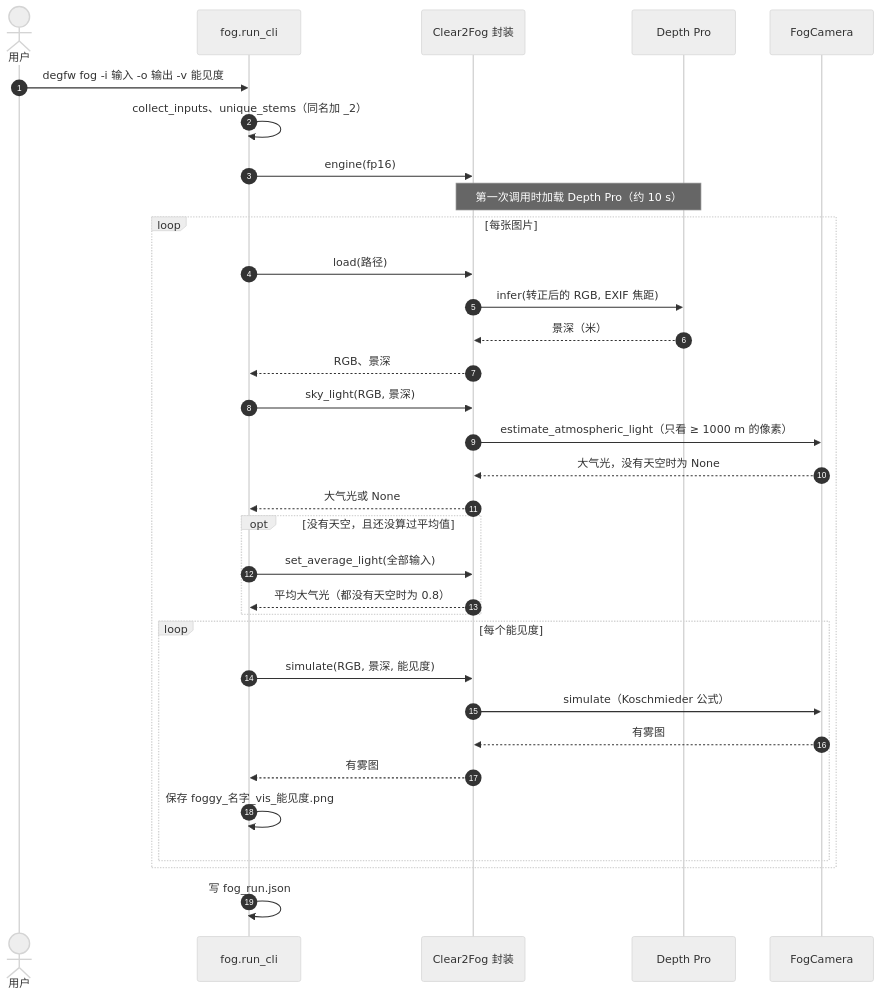
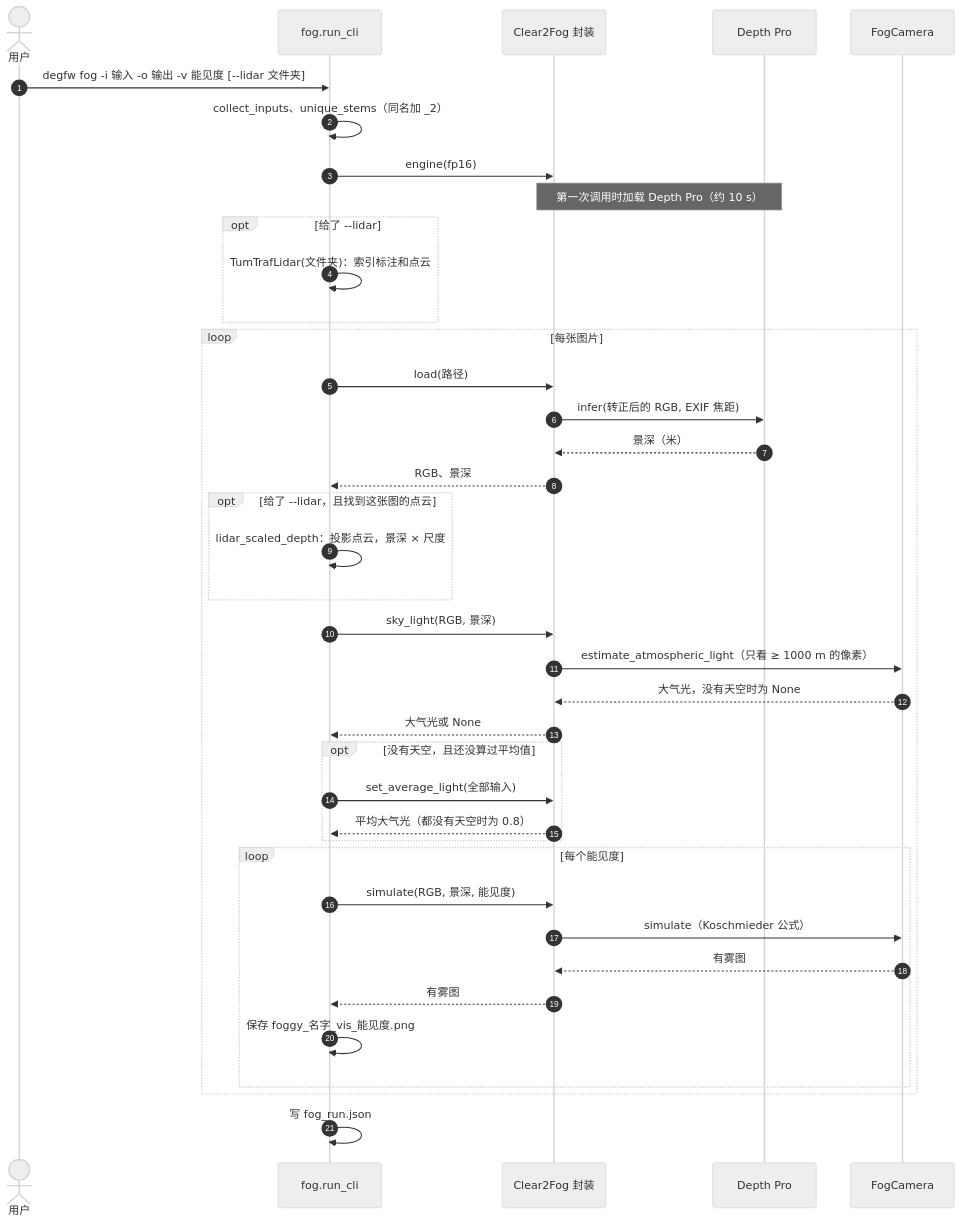
The fourth of 4 diagrams in doc/architecture.md (Tommy6015/degradation-framework), drawn with Mermaid (neutral theme) before and after one commit. The commit also changed other lines of this file and 21 other files, not shown here.

First line of the commit message:
fog: correct the depth scale with LiDAR point clouds (degfw fog --lidar)

````diff
--- a/doc/architecture.md
+++ b/doc/architecture.md
@@ -232,36 +243,42 @@
 ```mermaid
 sequenceDiagram
     autonumber
     actor UF as 用户
     participant F as fog.run_cli
     participant E as Clear2Fog 封装
     participant DP as Depth Pro
     participant FC as FogCamera
 
-    UF->>F: degfw fog -i 输入 -o 输出 -v 能见度
+    UF->>F: degfw fog -i 输入 -o 输出 -v 能见度 [--lidar 文件夹]
     F->>F: collect_inputs、unique_stems（同名加 _2）
     F->>E: engine(fp16)
     Note over E,DP: 第一次调用时加载 Depth Pro（约 10 s）
+    opt 给了 --lidar
+        F->>F: TumTrafLidar(文件夹)：索引标注和点云
+    end
     loop 每张图片
         F->>E: load(路径)
         E->>DP: infer(转正后的 RGB, EXIF 焦距)
         DP-->>E: 景深（米）
         E-->>F: RGB、景深
+        opt 给了 --lidar，且找到这张图的点云
+            F->>F: lidar_scaled_depth：投影点云，景深 × 尺度
+        end
         F->>E: sky_light(RGB, 景深)
         E->>FC: estimate_atmospheric_light（只看 ≥ 1000 m 的像素）
         FC-->>E: 大气光，没有天空时为 None
         E-->>F: 大气光或 None
         opt 没有天空，且还没算过平均值
             F->>E: set_average_light(全部输入)
             E-->>F: 平均大气光（都没有天空时为 0.8）
         end
         loop 每个能见度
             F->>E: simulate(RGB, 景深, 能见度)
             E->>FC: simulate（Koschmieder 公式）
             FC-->>E: 有雾图
             E-->>F: 有雾图
             F->>F: 保存 foggy_名字_vis_能见度.png
         end
     end
     F->>F: 写 fog_run.json
 ```
````
